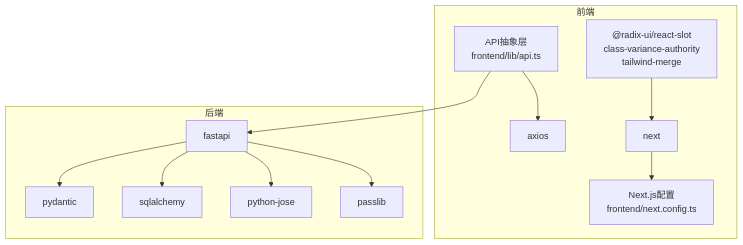
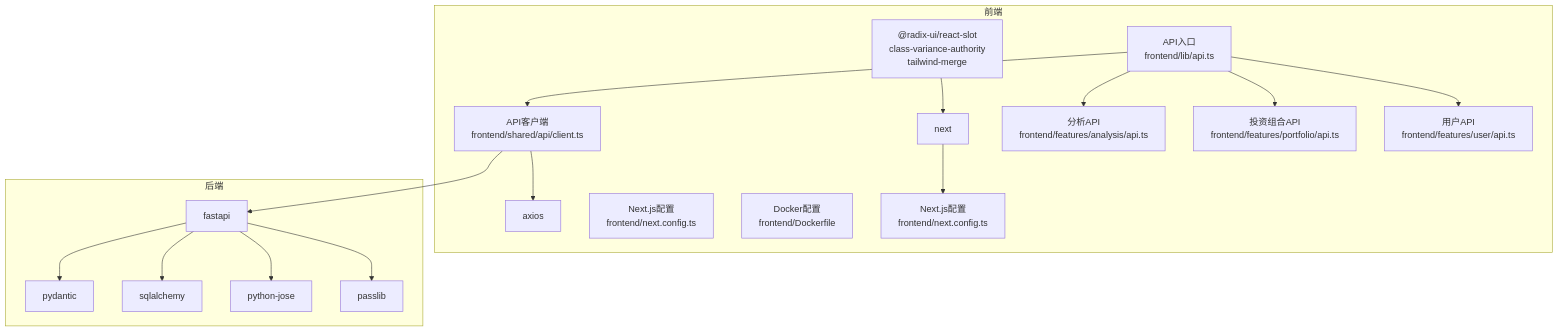
One commit to breeze-lyf/ai-stock-advisor changed the eighth of 8 diagrams in .qoder/repowiki/zh/content/前端开发指南/API集成模式.md. Above: the diagram before and after it, drawn with Mermaid. The commit also changed other lines of this file and 52 other files, not shown here.

Commit message:
Remove Alpha Vantage provider, enhance Akshare with retry and forced proxy for reliable market data, and introduce user notification settings with corresponding database migrations and frontend updates.

````diff
--- a/.qoder/repowiki/zh/content/前端开发指南/API集成模式.md
+++ b/.qoder/repowiki/zh/content/前端开发指南/API集成模式.md
@@ -294,25 +376,35 @@
 ```mermaid
 graph TB
 subgraph "前端"
 AX["axios"]
 NX["next"]
 UI["@radix-ui/react-slot<br/>class-variance-authority<br/>tailwind-merge"]
-API["API抽象层<br/>frontend/lib/api.ts"]
+AC["API客户端<br/>frontend/shared/api/client.ts"]
+LI["API入口<br/>frontend/lib/api.ts"]
+F1["分析API<br/>frontend/features/analysis/api.ts"]
+F2["投资组合API<br/>frontend/features/portfolio/api.ts"]
+F3["用户API<br/>frontend/features/user/api.ts"]
+N["Next.js配置<br/>frontend/next.config.ts"]
+D["Docker配置<br/>frontend/Dockerfile"]
 END["Next.js配置<br/>frontend/next.config.ts"]
 end
 subgraph "后端"
 FA["fastapi"]
 PD["pydantic"]
 SA["sqlalchemy"]
 JO["python-jose"]
 PW["passlib"]
 end
-API --> AX
-API --> FA
+AC --> AX
+AC --> FA
+LI --> AC
+LI --> F1
+LI --> F2
+LI --> F3
 NX --> END
 UI --> NX
 FA --> PD
 FA --> SA
 FA --> JO
 FA --> PW
 ```
````
